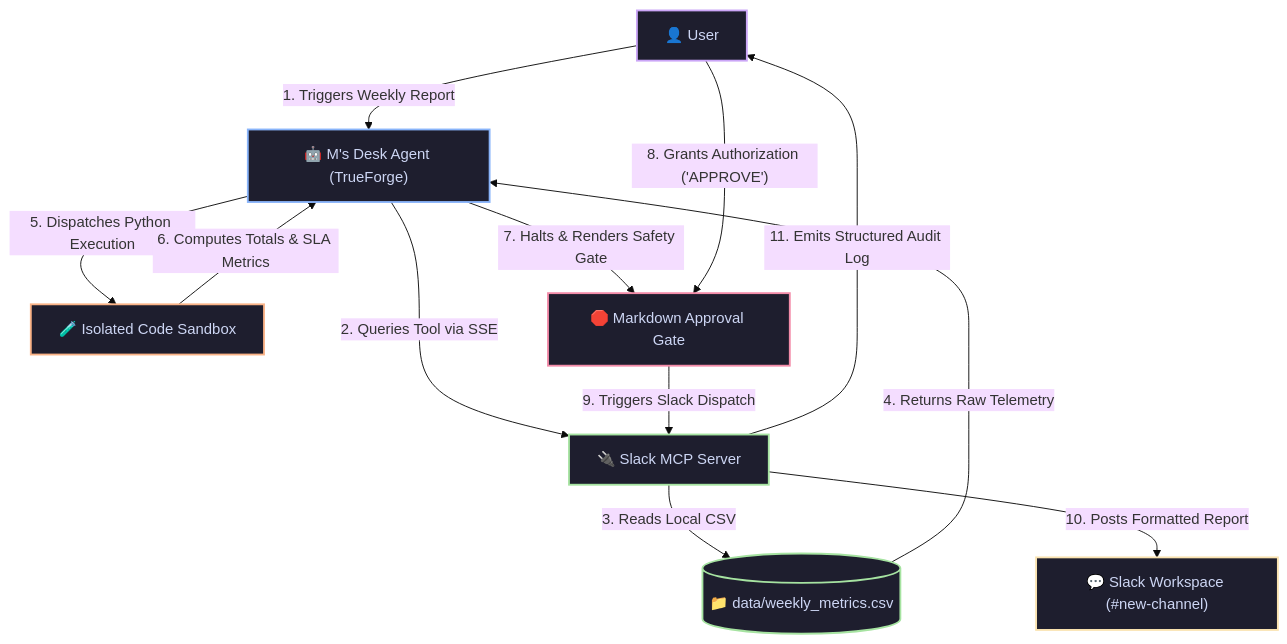
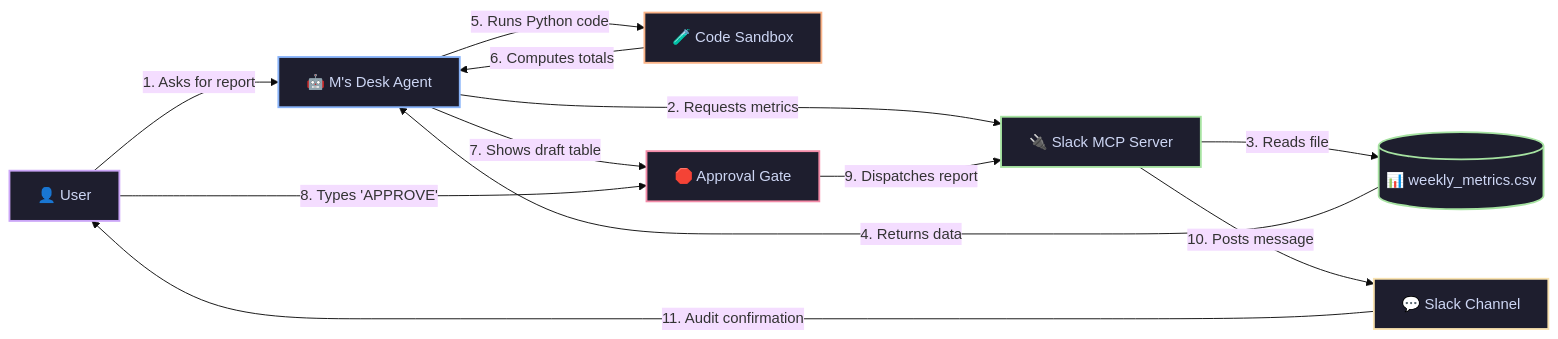
One commit to AnvitDevadiga/msdesk changed the diagram in README.md. Above: the diagram before and after it, drawn with Mermaid (base theme). The commit also changed other lines of this file, not shown here.

Commit message:
docs: update TrueForge documentation link and simplify architecture diagram

````diff
--- a/README.md
+++ b/README.md
@@ -9,26 +9,22 @@
 ```mermaid
-graph TD
-    %% Custom Styling
+graph LR
+    %% Modern Card Styles
     classDef userStyle fill:#1e1e2e,stroke:#cba6f7,stroke-width:2px,color:#cdd6f4;
     classDef agentStyle fill:#1e1e2e,stroke:#89b4fa,stroke-width:2px,color:#cdd6f4;
     classDef toolStyle fill:#1e1e2e,stroke:#a6e3a1,stroke-width:2px,color:#cdd6f4;
     classDef sandboxStyle fill:#1e1e2e,stroke:#fab387,stroke-width:2px,color:#cdd6f4;
     classDef gateStyle fill:#1e1e2e,stroke:#f38ba8,stroke-width:2px,color:#cdd6f4;
     classDef slackStyle fill:#1e1e2e,stroke:#f9e2af,stroke-width:2px,color:#cdd6f4;
 
-    A["👤 User"]:::userStyle -->|"1. Triggers Weekly Report"| B["🤖 M's Desk Agent (TrueForge)"]:::agentStyle
-    
-    B -->|"2. Queries Tool via SSE"| C["🔌 Slack MCP Server"]:::toolStyle
-    C -->|"3. Reads Local CSV"| D[("📁 data/weekly_metrics.csv")]:::toolStyle
-    D -->|"4. Returns Raw Telemetry"| B
-    
-    B -->|"5. Dispatches Python Execution"| E["🧪 Isolated Code Sandbox"]:::sandboxStyle
-    E -->|"6. Computes Totals & SLA Metrics"| B
-    
-    B -->|"7. Halts & Renders Safety Gate"| F["🛑 Markdown Approval Gate"]:::gateStyle
-    A -->|"8. Grants Authorization ('APPROVE')"| F
-    
-    F -->|"9. Triggers Slack Dispatch"| C
-    C -->|"10. Posts Formatted Report"| G["💬 Slack Workspace (#new-channel)"]:::slackStyle
-    C -->|"11. Emits Structured Audit Log"| A
+    A["👤 User"]:::userStyle -->|"1. Asks for report"| B["🤖 M's Desk Agent"]:::agentStyle
+    B -->|"2. Requests metrics"| C["🔌 Slack MCP Server"]:::toolStyle
+    C -->|"3. Reads file"| D[("📊 weekly_metrics.csv")]:::toolStyle
+    D -->|"4. Returns data"| B
+    B -->|"5. Runs Python code"| E["🧪 Code Sandbox"]:::sandboxStyle
+    E -->|"6. Computes totals"| B
+    B -->|"7. Shows draft table"| F["🛑 Approval Gate"]:::gateStyle
+    A -->|"8. Types 'APPROVE'"| F
+    F -->|"9. Dispatches report"| C
+    C -->|"10. Posts message"| G["💬 Slack Channel"]:::slackStyle
+    G -->|"11. Audit confirmation"| A
 ```
````
